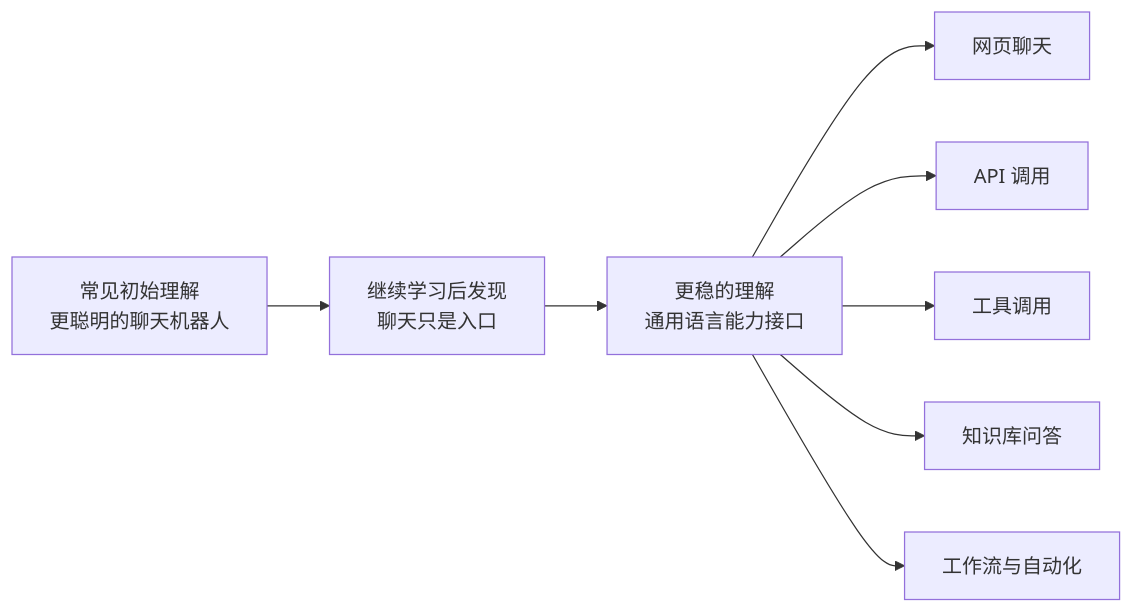
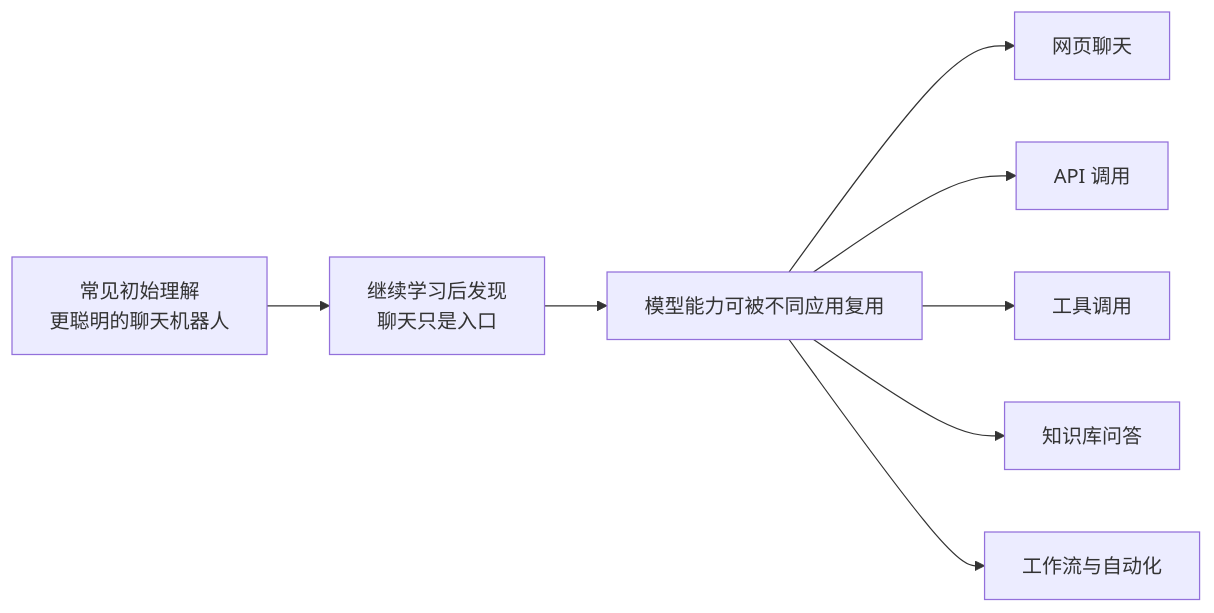
One commit to benx92/ai-learning-notes changed the second of 15 diagrams in 01-我先把大模型是什么这件事想明白.md. Above: the diagram before and after it, drawn with Mermaid. The commit also changed other lines of this file and 36 other files, not shown here.

````diff
--- a/01-我先把大模型是什么这件事想明白.md
+++ b/01-我先把大模型是什么这件事想明白.md
@@ -105,10 +104,10 @@
 ```mermaid
 flowchart LR
     A[常见初始理解<br/>更聪明的聊天机器人] --> B[继续学习后发现<br/>聊天只是入口]
-    B --> C[更稳的理解<br/>通用语言能力接口]
+    B --> C[模型能力可被不同应用复用]
     C --> D[网页聊天]
     C --> E[API 调用]
     C --> F[工具调用]
     C --> G[知识库问答]
     C --> H[工作流与自动化]
 ```
````
